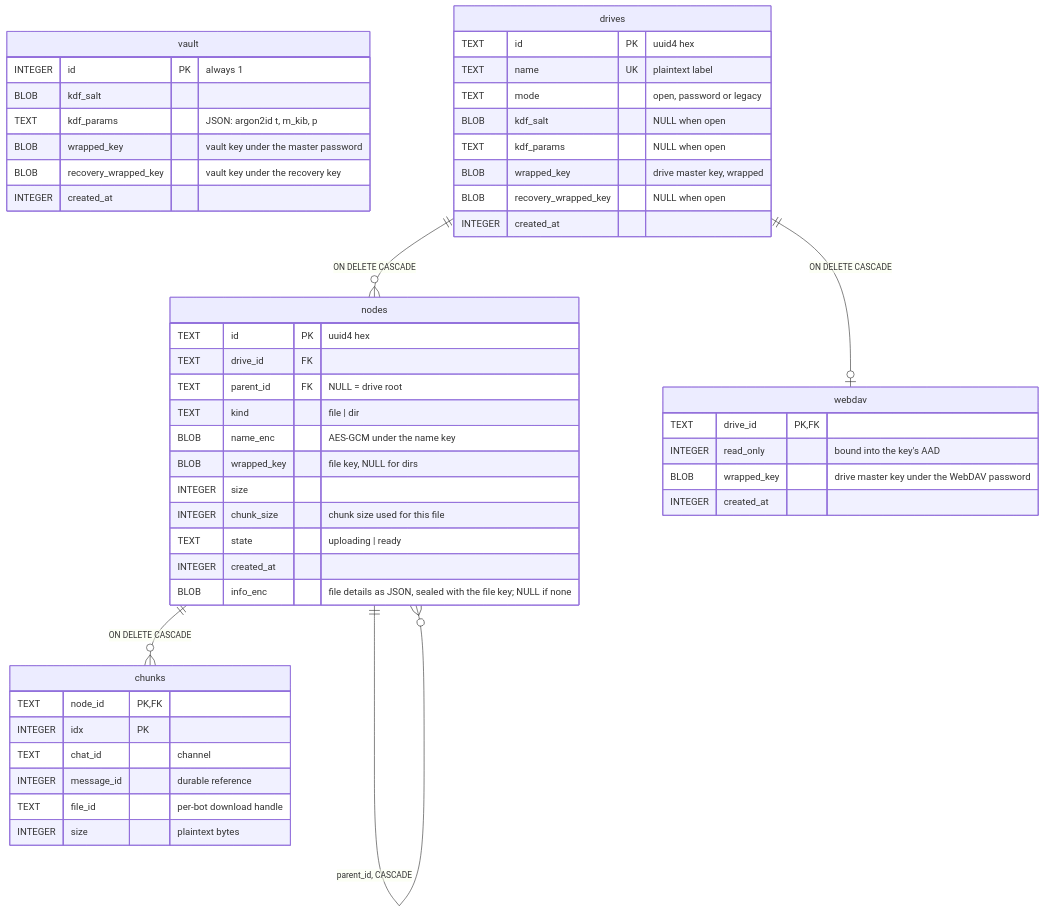
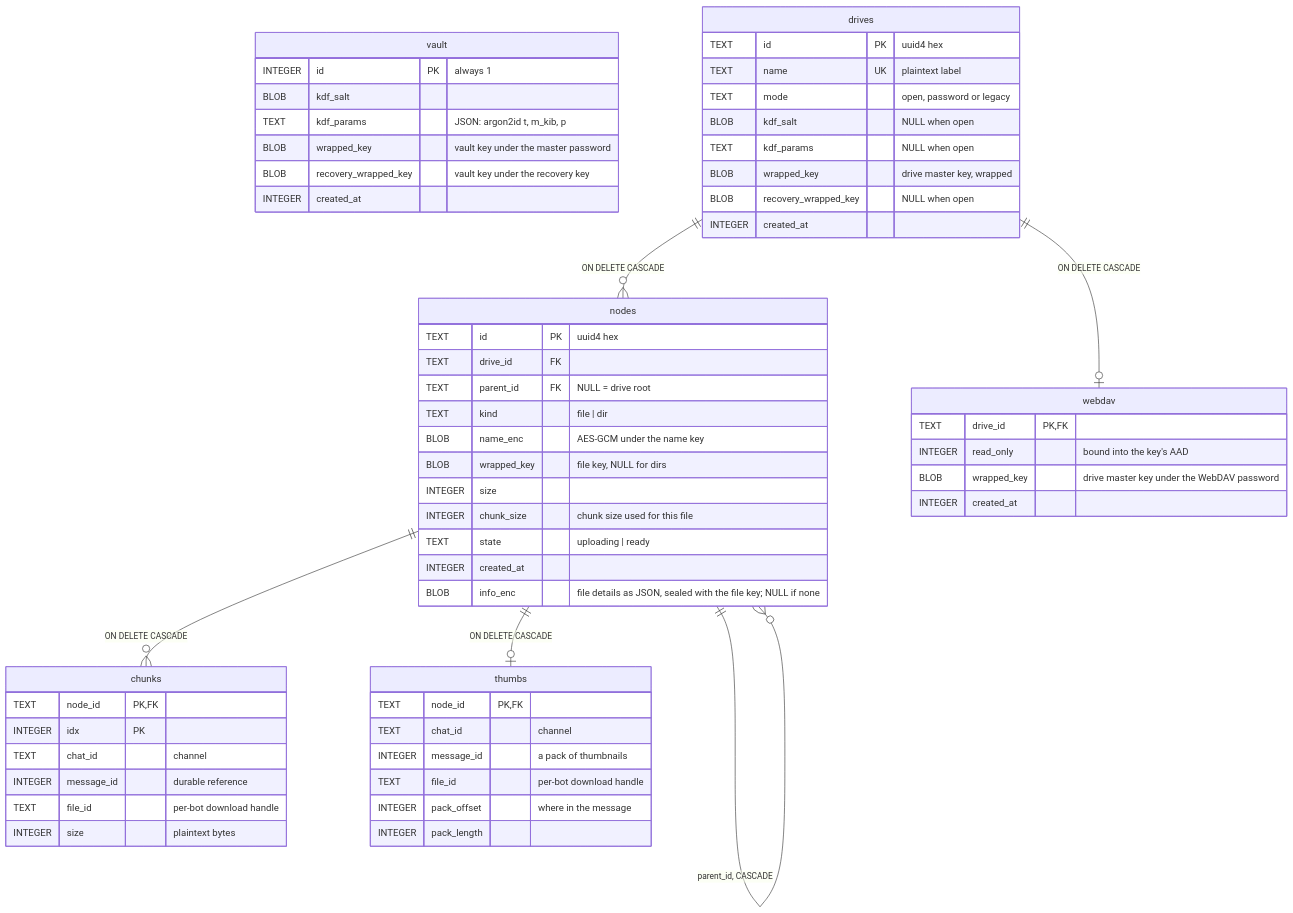
One commit to iusekarma/tgdrive changed the first of 2 diagrams in docs/data-model.md. Above: the diagram before and after it, drawn with Mermaid. The commit also changed other lines of this file and 18 other files, not shown here.

````diff
--- a/docs/data-model.md
+++ b/docs/data-model.md
@@ -6,52 +6,61 @@
 ```mermaid
 erDiagram
     vault {
         INTEGER id PK "always 1"
         BLOB kdf_salt
         TEXT kdf_params "JSON: argon2id t, m_kib, p"
         BLOB wrapped_key "vault key under the master password"
         BLOB recovery_wrapped_key "vault key under the recovery key"
         INTEGER created_at
     }
     drives {
         TEXT id PK "uuid4 hex"
         TEXT name UK "plaintext label"
         TEXT mode "open, password or legacy"
         BLOB kdf_salt "NULL when open"
         TEXT kdf_params "NULL when open"
         BLOB wrapped_key "drive master key, wrapped"
         BLOB recovery_wrapped_key "NULL when open"
         INTEGER created_at
     }
     nodes {
         TEXT id PK "uuid4 hex"
         TEXT drive_id FK
         TEXT parent_id FK "NULL = drive root"
         TEXT kind "file | dir"
         BLOB name_enc "AES-GCM under the name key"
         BLOB wrapped_key "file key, NULL for dirs"
         INTEGER size
         INTEGER chunk_size "chunk size used for this file"
         TEXT state "uploading | ready"
         INTEGER created_at
         BLOB info_enc "file details as JSON, sealed with the file key; NULL if none"
     }
     webdav {
         TEXT drive_id PK,FK
         INTEGER read_only "bound into the key's AAD"
         BLOB wrapped_key "drive master key under the WebDAV password"
         INTEGER created_at
     }
     chunks {
         TEXT node_id PK,FK
         INTEGER idx PK
         TEXT chat_id "channel"
         INTEGER message_id "durable reference"
         TEXT file_id "per-bot download handle"
         INTEGER size "plaintext bytes"
     }
+    thumbs {
+        TEXT node_id PK,FK
+        TEXT chat_id "channel"
+        INTEGER message_id "a pack of thumbnails"
+        TEXT file_id "per-bot download handle"
+        INTEGER pack_offset "where in the message"
+        INTEGER pack_length
+    }
     drives ||--o{ nodes : "ON DELETE CASCADE"
     drives ||--o| webdav : "ON DELETE CASCADE"
     nodes ||--o{ nodes : "parent_id, CASCADE"
     nodes ||--o{ chunks : "ON DELETE CASCADE"
+    nodes ||--o| thumbs : "ON DELETE CASCADE"
 ```
````
